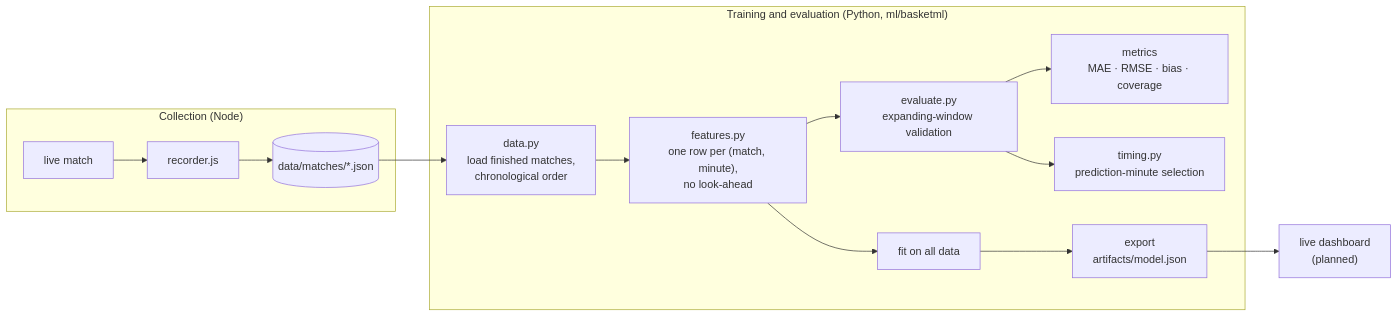
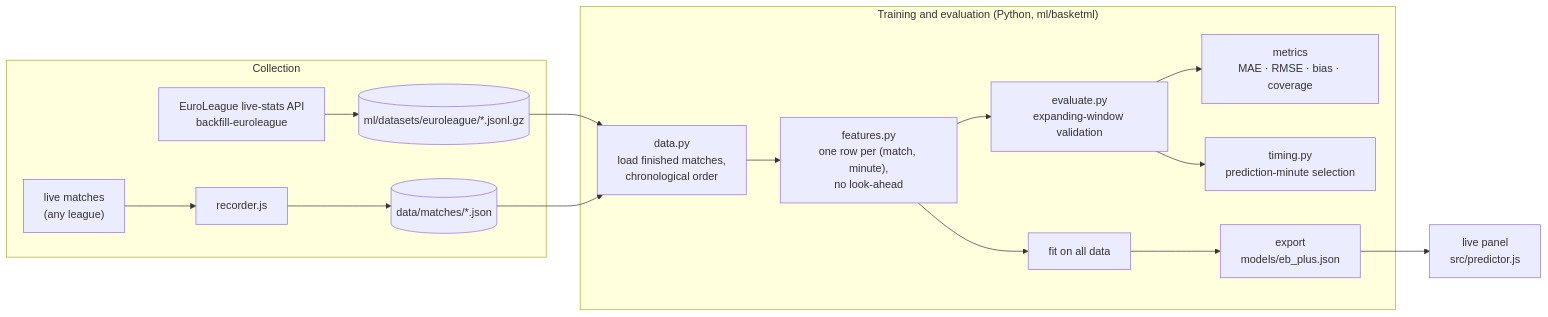
Before and after one commit to aral-by/basketscrape: the first of 6 diagrams in docs/ml-design.md, drawn with Mermaid. The commit also changed other lines of this file and 3 other files, not shown here.

````diff
--- a/docs/ml-design.md
+++ b/docs/ml-design.md
@@ -25,17 +25,19 @@
 ```mermaid
 flowchart LR
-    subgraph Collection["Collection (Node)"]
-        LIVE["live match"] --> REC["recorder.js"]
+    subgraph Collection["Collection"]
+        API["EuroLeague live-stats API<br/>backfill-euroleague"] --> DS[("ml/datasets/euroleague/*.jsonl.gz")]
+        LIVE["live matches<br/>(any league)"] --> REC["recorder.js"]
         REC --> JSON[("data/matches/*.json")]
     end
     subgraph Training["Training and evaluation (Python, ml/basketml)"]
+        DS --> LOAD
         JSON --> LOAD["data.py<br/>load finished matches,<br/>chronological order"]
         LOAD --> FEAT["features.py<br/>one row per (match, minute),<br/>no look-ahead"]
         FEAT --> CV["evaluate.py<br/>expanding-window validation"]
         CV --> MET["metrics<br/>MAE · RMSE · bias · coverage"]
         CV --> TIM["timing.py<br/>prediction-minute selection"]
         FEAT --> FIT["fit on all data"]
-        FIT --> EXP["export<br/>artifacts/model.json"]
+        FIT --> EXP["export<br/>models/eb_plus.json"]
     end
-    EXP --> APP["live dashboard<br/>(planned)"]
+    EXP --> APP["live panel<br/>src/predictor.js"]
 ```
````
